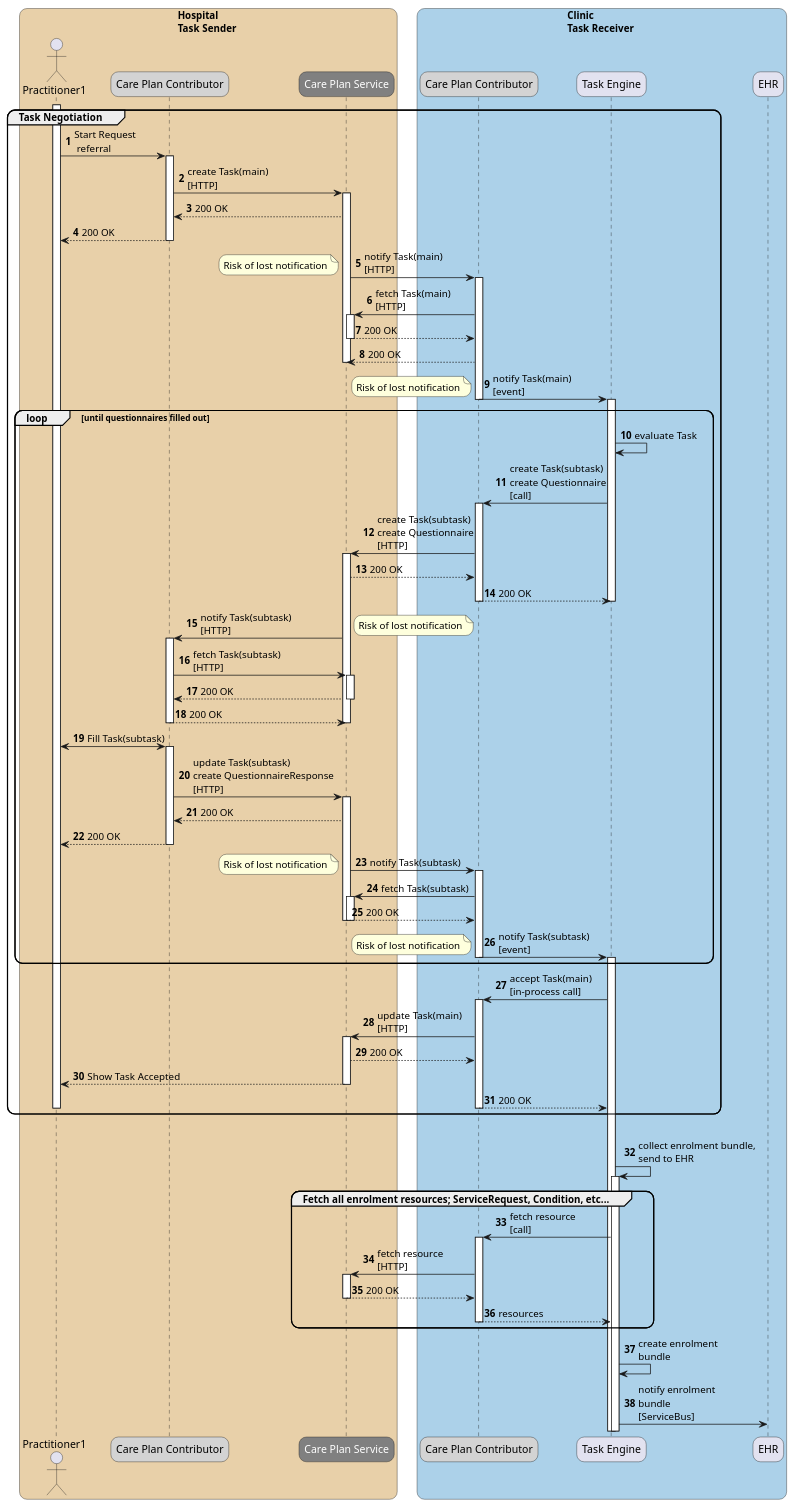
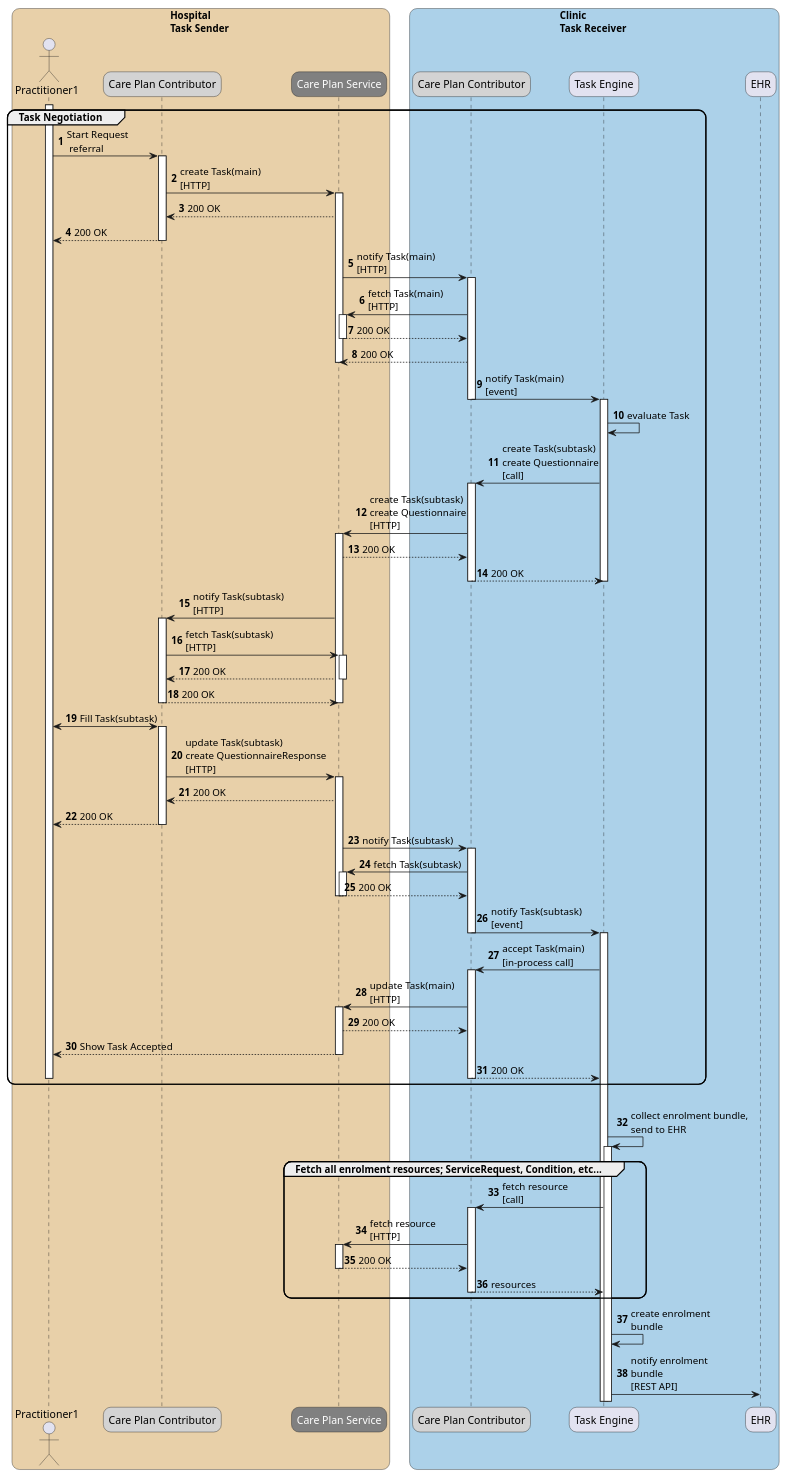
The diagram in docs/Task Negotiation end-to-end SD.puml (SanteonNL/orca), drawn with PlantUML before and after one commit.

Commit message:
Docs: updated Sequence Diagram for task negotiation

```diff
--- a/docs/Task Negotiation end-to-end SD.puml
+++ b/docs/Task Negotiation end-to-end SD.puml
@@ -1,111 +1,105 @@
 @startuml clinic-notification-1
 autonumber
 skinparam roundcorner 20
 skinparam defaultFontName Arial
 
 box Hospital\nTask Sender #e8d0a9
     actor Practitioner1 as Practitioner1
     participant "Care Plan Contributor" as CPC1 #LightGray
     participant "<font color=white>Care Plan Service" as CPS #Gray
 end box
 
 box Clinic\nTask Receiver #acd1e9
     participant "Care Plan Contributor" as CPC2 #LightGray
     participant "Task Engine" as taskEngine
     participant "EHR" as careprofs
 end box
 
 group Task Negotiation
 activate Practitioner1
 Practitioner1 -> CPC1 : Start Request\n referral
 activate CPC1
     CPC1 -> CPS: create Task(main)\n[HTTP]
 activate CPS
     CPS --> CPC1 : 200 OK
     CPC1 --> Practitioner1 : 200 OK
 deactivate CPC1
     CPS -> CPC2: notify Task(main)\n[HTTP]
-    note left: Risk of lost notification
     activate CPC2
         CPC2 -> CPS: fetch Task(main)\n[HTTP]
         activate CPS
             CPS --> CPC2: 200 OK
         deactivate CPS
         CPC2 --> CPS: 200 OK
 deactivate CPS
     CPC2 -> taskEngine: notify Task(main)\n[event]
-    note left: Risk of lost notification
 deactivate CPC2
 
 activate taskEngine
-loop until questionnaires filled out
     taskEngine -> taskEngine: evaluate Task
     taskEngine -> CPC2: create Task(subtask)\ncreate Questionnaire\n[call]
     activate CPC2
         CPC2 -> CPS: create Task(subtask)\ncreate Questionnaire\n[HTTP]
         activate CPS
         CPS --> CPC2 : 200 OK
         CPC2 --> taskEngine : 200 OK
         deactivate CPC2
         deactivate taskEngine
         CPS -> CPC1: notify Task(subtask)\n[HTTP]
         activate CPC1
-            note right: Risk of lost notification
             CPC1 -> CPS: fetch Task(subtask)\n[HTTP]
             activate CPS
             CPS --> CPC1: 200 OK
             deactivate CPS
             CPC1 --> CPS : 200 OK
         deactivate CPS
         deactivate CPC1
 
     CPC1 <-> Practitioner1: Fill Task(subtask)
     activate CPC1
         CPC1 -> CPS: update Task(subtask)\ncreate QuestionnaireResponse\n[HTTP]
         activate CPS
         CPS --> CPC1 : 200 OK
         CPC1 --> Practitioner1: 200 OK
     deactivate CPC1
         CPS -> CPC2: notify Task(subtask)
-        note left: Risk of lost notification
         activate CPC2
             CPC2 ->  CPS: fetch Task(subtask)
             activate CPS
                 CPS --> CPC2: 200 OK
             deactivate CPS
     deactivate CPS
         CPC2 -> taskEngine: notify Task(subtask)\n[event]
-        note left: Risk of lost notification
         deactivate CPC2
         activate taskEngine
-end loop
+
 taskEngine -> CPC2: accept Task(main)\n[in-process call]
 activate CPC2
     CPC2 -> CPS: update Task(main)\n[HTTP]
     activate CPS
         CPS --> CPC2: 200 OK
         CPS --> Practitioner1 : Show Task Accepted
     deactivate CPS
     CPC2 --> taskEngine: 200 OK
 deactivate CPC2
 deactivate Practitioner1
 
 deactivate CPS
 end group
 group EHR Enrolment Bundle Delivery
 
 taskEngine -> taskEngine: collect enrolment bundle,\nsend to EHR
 activate taskEngine
 group Fetch all enrolment resources; ServiceRequest, Condition, etc...
 taskEngine -> CPC2: fetch resource\n[call]
 activate CPC2
     CPC2 -> CPS: fetch resource\n[HTTP]
     activate CPS
     CPS --> CPC2: 200 OK
     deactivate
     CPC2 --> taskEngine: resources
 deactivate CPC2
 end loop
 taskEngine -> taskEngine: create enrolment\nbundle
-taskEngine -> careprofs: notify enrolment\nbundle\n[ServiceBus]
+taskEngine -> careprofs: notify enrolment\nbundle\n[REST API]
 @enduml
```
